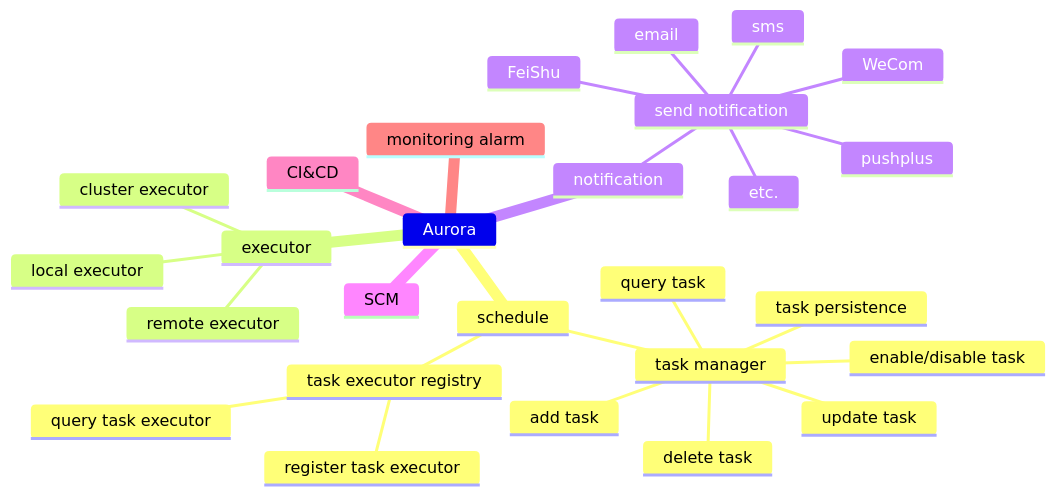
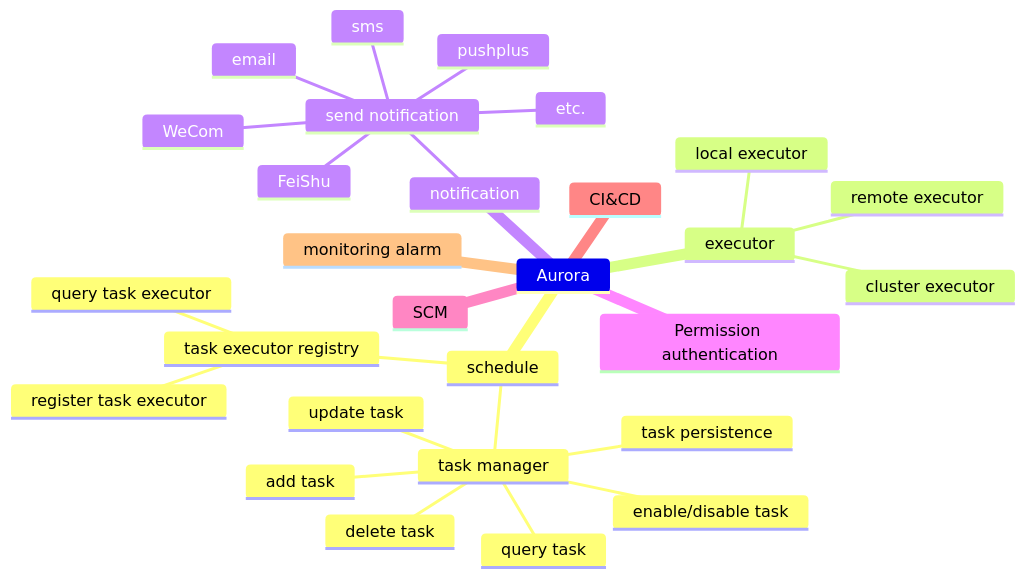
Before and after one commit to MR5356/aurora: the diagram in MINDMAP.md, drawn with Mermaid. The commit also changed 12 other files, not shown here.

````diff
--- a/MINDMAP.md
+++ b/MINDMAP.md
@@ -1,30 +1,31 @@
 ```mermaid
 mindmap
     Aurora
         schedule
             task manager
                 add task
                 delete task
                 update task
                 query task
                 enable/disable task
                 task persistence
             task executor registry
                 register task executor
                 query task executor
         executor
             remote executor
             local executor
             cluster executor
         notification
             send notification
                 email
                 FeiShu
                 WeCom
                 pushplus
                 sms
                 etc.
+        Permission authentication
         SCM
         CI&CD
         monitoring alarm
 ```
````
